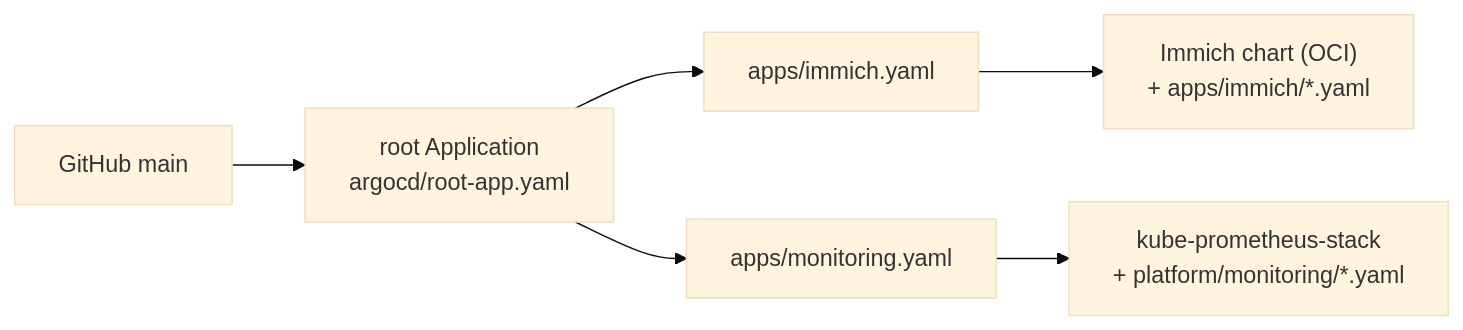
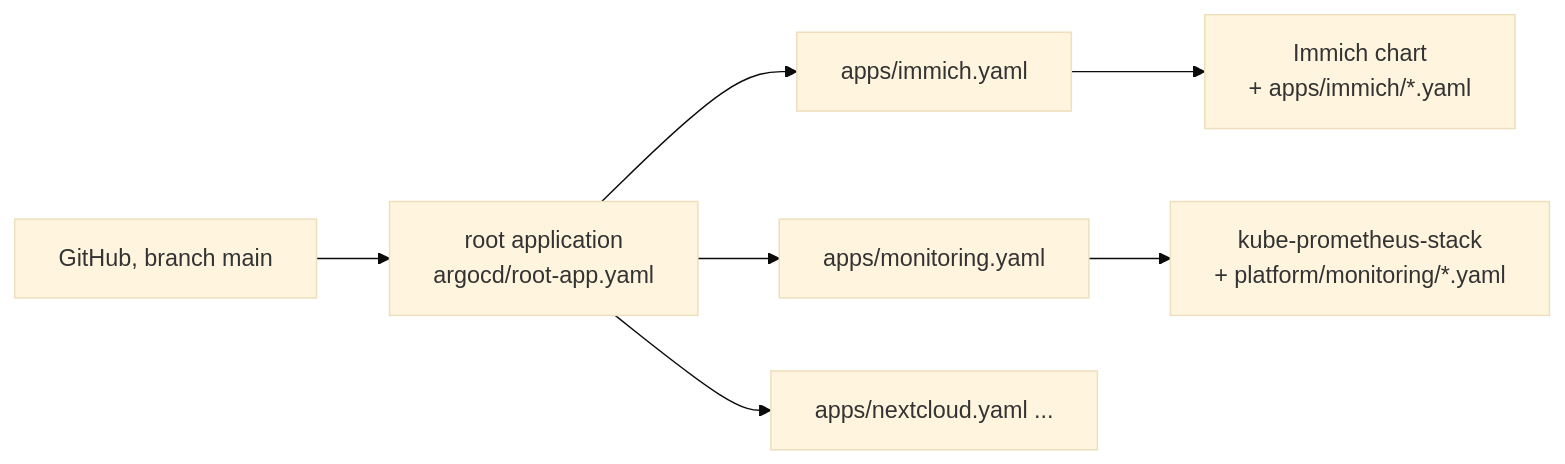
One commit to rupeshofficedata/homelab changed the diagram in argocd/README.md. Above: the diagram before and after it, drawn with Mermaid (base theme). The commit also changed other lines of this file and 47 other files, not shown here.

````diff
--- a/argocd/README.md
+++ b/argocd/README.md
@@ -7,7 +7,7 @@
 ```mermaid
 flowchart LR
-  git["GitHub main"] --> root["root Application<br/>argocd/root-app.yaml"]
-  root --> imm["apps/immich.yaml"] & mon["apps/monitoring.yaml"]
-  imm --> c1["Immich chart (OCI)<br/>+ apps/immich/*.yaml"]
-  mon --> c2["kube-prometheus-stack<br/>+ platform/monitoring/*.yaml"]
+  git["GitHub, branch main"] --> root["root application<br/>argocd/root-app.yaml"]
+  root --> a1["apps/immich.yaml"] & a2["apps/monitoring.yaml"] & a3["apps/nextcloud.yaml ..."]
+  a1 --> c1["Immich chart<br/>+ apps/immich/*.yaml"]
+  a2 --> c2["kube-prometheus-stack<br/>+ platform/monitoring/*.yaml"]
 ```
````
